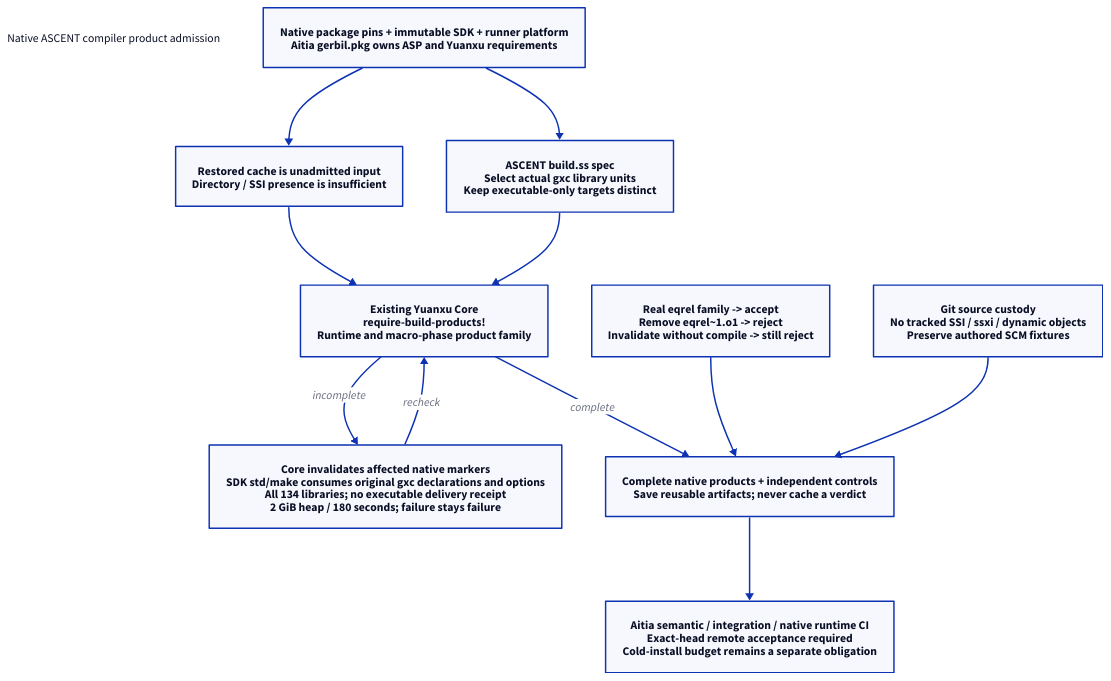
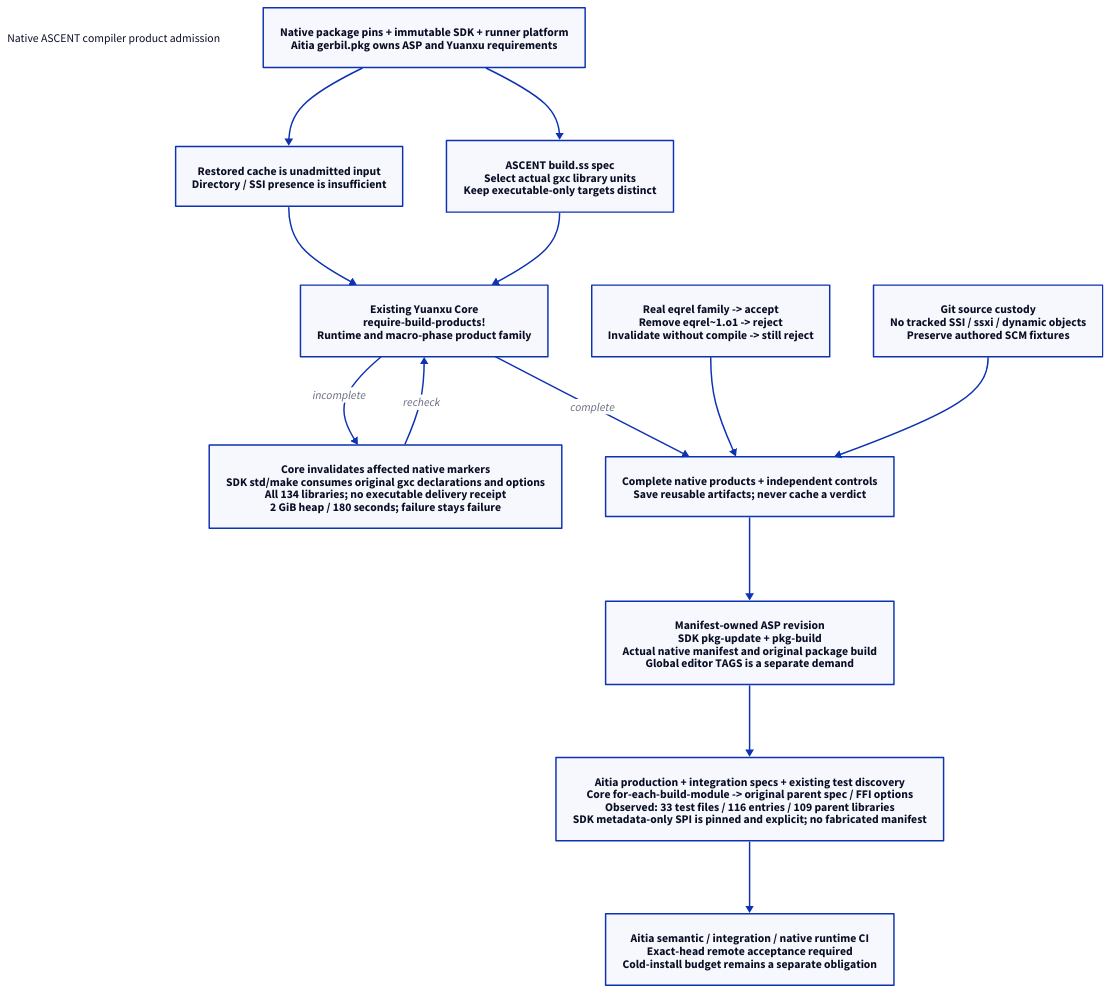
One commit to hardenedlinux/deterministic-engineering changed the diagram in docs/90-99-views/90-architecture-views/90.114-native-ascent-compiler-product-admission.d2. Above: the diagram before and after it, drawn with D2. The commit also changed 3 other files, not shown here.

Commit message:
docs: record native demand closure and SDK metadata boundary

```diff
--- a/docs/90-99-views/90-architecture-views/90.114-native-ascent-compiler-product-admission.d2
+++ b/docs/90-99-views/90-architecture-views/90.114-native-ascent-compiler-product-admission.d2
@@ -1,23 +1,27 @@
 # org-target: docs/10-19-design/10-architecture/10.125-native-ascent-compiler-product-admission.org::#native125-scope
 # render-layout: elk; theme: 0; pad: 24
 direction: down
 title: "Native ASCENT compiler product admission" {shape: text}
 inputs: "Native package pins + immutable SDK + runner platform\nAitia gerbil.pkg owns ASP and Yuanxu requirements"
 cache: "Restored cache is unadmitted input\nDirectory / SSI presence is insufficient"
 spec: "ASCENT build.ss spec\nSelect actual gxc library units\nKeep executable-only targets distinct"
 core: "Existing Yuanxu Core\nrequire-build-products!\nRuntime and macro-phase product family"
 repair: "Core invalidates affected native markers\nSDK std/make consumes original gxc declarations and options\nAll 134 libraries; no executable delivery receipt\n2 GiB heap / 180 seconds; failure stays failure"
 negative: "Real eqrel family -> accept\nRemove eqrel~1.o1 -> reject\nInvalidate without compile -> still reject"
 source: "Git source custody\nNo tracked SSI / ssxi / dynamic objects\nPreserve authored SCM fixtures"
 admit: "Complete native products + independent controls\nSave reusable artifacts; never cache a verdict"
+asp: "Manifest-owned ASP revision\nSDK pkg-update + pkg-build\nActual native manifest and original package build\nGlobal editor TAGS is a separate demand"
+parent: "Aitia production + integration specs + existing test discovery\nCore for-each-build-module -> original parent spec / FFI options\nObserved: 33 test files / 116 entries / 109 parent libraries\nSDK metadata-only SPI is pinned and explicit; no fabricated manifest"
 consumer: "Aitia semantic / integration / native runtime CI\nExact-head remote acceptance required\nCold-install budget remains a separate obligation"
 inputs -> cache
 inputs -> spec
 cache -> core
 spec -> core
 core -> repair: "incomplete"
 repair -> core: "recheck"
 core -> admit: "complete"
 negative -> admit
 source -> admit
-admit -> consumer
+admit -> asp
+asp -> parent
+parent -> consumer
```
